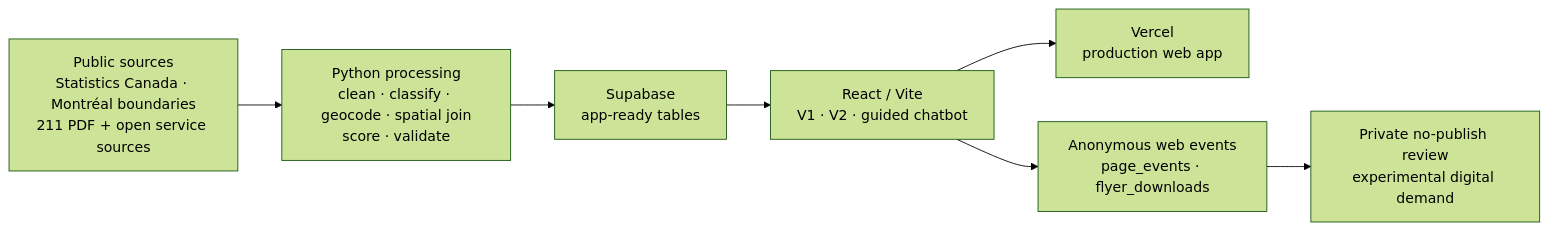
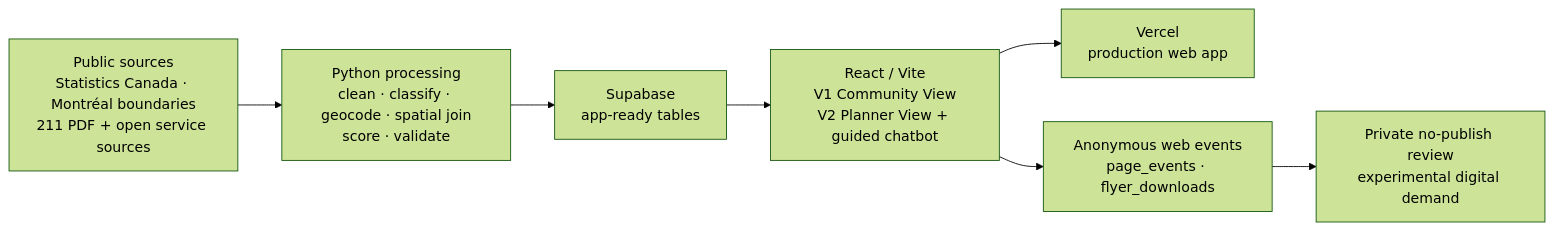
One commit to frondyff/comm_need_radar changed the diagram in README.md. Above: the diagram before and after it, drawn with Mermaid (forest theme). The commit also changed other lines of this file and 5 other files, not shown here.

````diff
--- a/README.md
+++ b/README.md
@@ -49,13 +49,13 @@
 ```mermaid
 flowchart LR
     A["Public sources<br/>Statistics Canada · Montréal boundaries<br/>211 PDF + open service sources"]
     B["Python processing<br/>clean · classify · geocode · spatial join<br/>score · validate"]
     C["Supabase<br/>app-ready tables"]
-    D["React / Vite<br/>V1 · V2 · guided chatbot"]
+    D["React / Vite<br/>V1 Community View<br/>V2 Planner View + guided chatbot"]
     E["Vercel<br/>production web app"]
     F["Anonymous web events<br/>page_events · flyer_downloads"]
     G["Private no-publish review<br/>experimental digital demand"]
 
     A --> B --> C --> D --> E
     D --> F --> G
 ```
````
